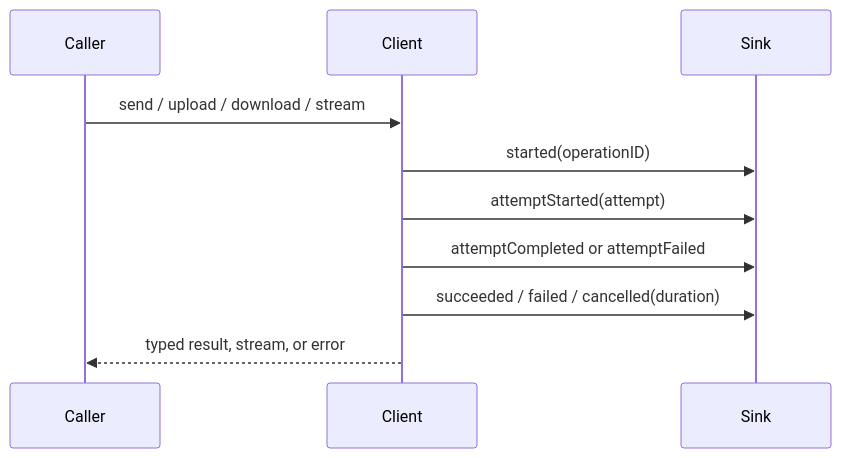
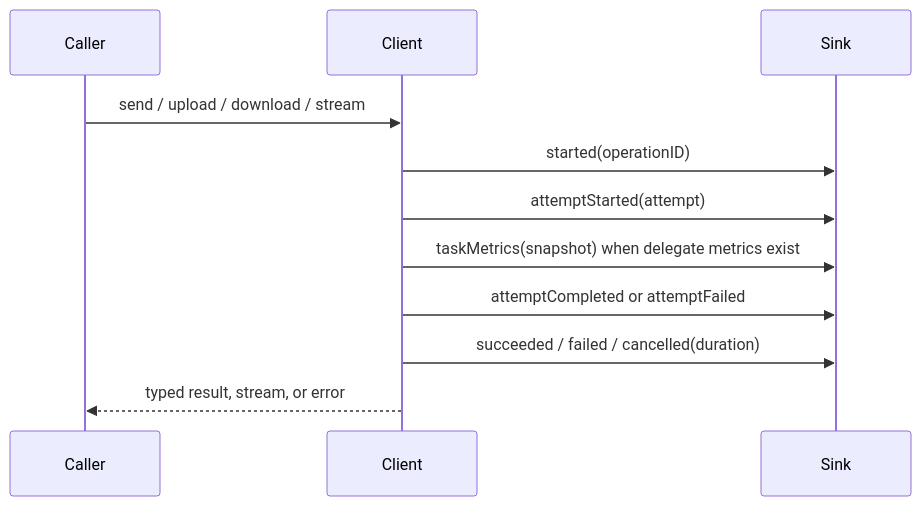
The diagram in docs/telemetry.md (MikesHorcrux/AnotherFuckingNetworkingSDK), drawn with Mermaid before and after one commit. The commit also changed other lines of this file and 6 other files, not shown here.

Commit message:
Emit transfer task metrics telemetry

````diff
--- a/docs/telemetry.md
+++ b/docs/telemetry.md
@@ -8,12 +8,13 @@
 ```mermaid
 sequenceDiagram
     participant Caller
     participant Client
     participant Sink
     Caller->>Client: send / upload / download / stream
     Client->>Sink: started(operationID)
     Client->>Sink: attemptStarted(attempt)
+    Client->>Sink: taskMetrics(snapshot) when delegate metrics exist
     Client->>Sink: attemptCompleted or attemptFailed
     Client->>Sink: succeeded / failed / cancelled(duration)
     Client-->>Caller: typed result, stream, or error
 ```
````
